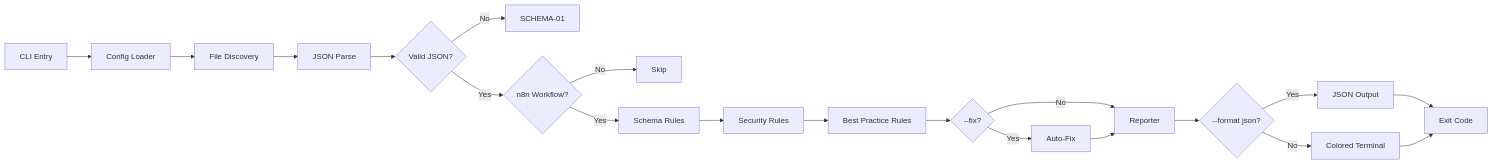
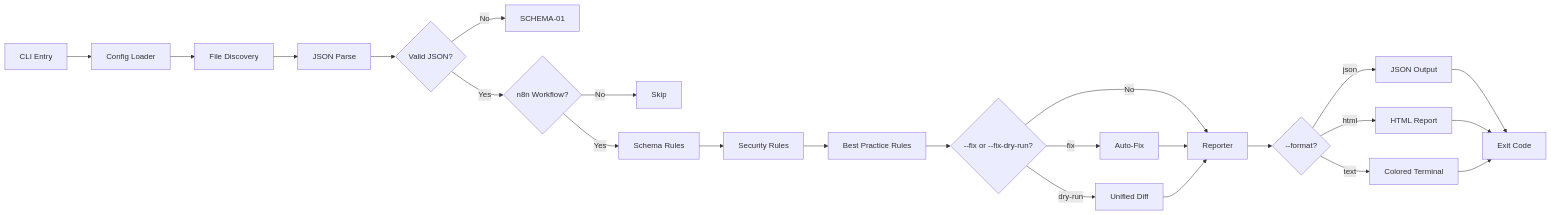
Before and after one commit to lorenzespinosa/n8n-lint: the diagram in README.md, drawn with Mermaid. The commit also changed other lines of this file and 12 other files, not shown here.

Commit message:
feat: formats (text/json/html), CI workflows, GitHub Action, fix hardening (279 tests)

````diff
--- a/README.md
+++ b/README.md
@@ -236,22 +346,26 @@
 ```mermaid
 graph LR
     A[CLI Entry] --> B[Config Loader]
     B --> C[File Discovery]
     C --> D[JSON Parse]
     D --> E{Valid JSON?}
     E -- No --> F[SCHEMA-01]
     E -- Yes --> G{n8n Workflow?}
     G -- No --> H[Skip]
     G -- Yes --> I[Schema Rules]
     I --> J[Security Rules]
     J --> K[Best Practice Rules]
-    K --> L{--fix?}
-    L -- Yes --> M[Auto-Fix]
-    L -- No --> N[Reporter]
-    M --> N
-    N --> O{--format json?}
-    O -- Yes --> P[JSON Output]
-    O -- No --> Q[Colored Terminal]
-    P --> R[Exit Code]
-    Q --> R
+    K --> L{--fix or --fix-dry-run?}
+    L -- fix --> M[Auto-Fix]
+    L -- dry-run --> N[Unified Diff]
+    L -- No --> O[Reporter]
+    M --> O
+    N --> O
+    O --> P{--format?}
+    P -- json --> Q[JSON Output]
+    P -- html --> R[HTML Report]
+    P -- text --> S[Colored Terminal]
+    Q --> T[Exit Code]
+    R --> T
+    S --> T
 ```
````
